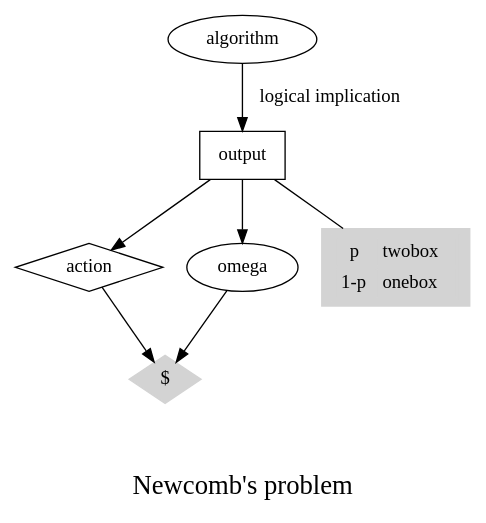
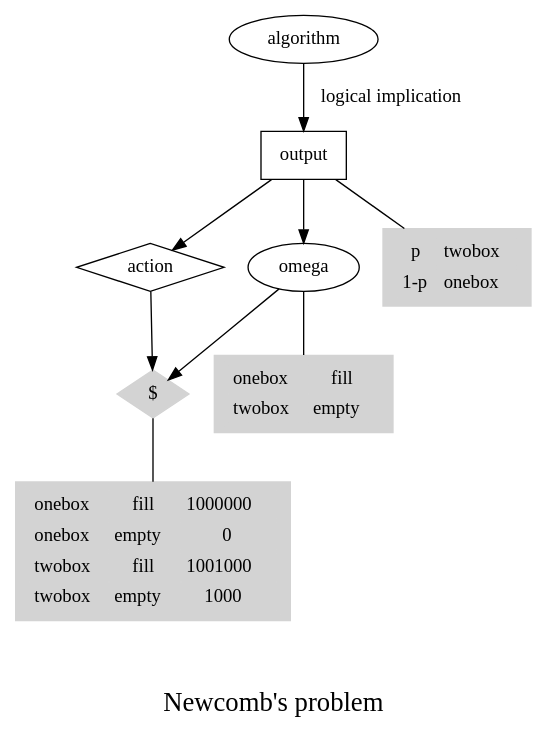
One commit to johnlawrenceaspden/hobby-code changed the diagram in newcomb.gv. Above: the diagram before and after it, drawn with Graphviz.

```diff
--- a/newcomb.gv
+++ b/newcomb.gv
@@ -1,32 +1,49 @@
 // dot <newcomb.gv -Tpng >newcomb.png
 // eog newcomb.png
 
-// interactive svg for development!
-// dot <newcomb.gv -Tsvg >newcomb.svg && eog newcomb.svg &
+// interactive svg for development using neato instead of dot
+// neato <newcomb.gv -Tsvg >newcomb.svg && eog newcomb.svg &
 
 digraph newcomb {
         algorithm [shape=ellipse];
         output [shape=box];
         action [shape=diamond];
         omega [shape=ellipse] ;
         utility [shape=diamond,style=filled,color=lightgrey, label="$"];
 
 
         algorithm -> output [label="logical implication"];
         output -> action;
         output -> omega;
         action -> utility;
         omega -> utility;
 
         output->outputtable [dir=none]
 
         outputtable [ shape=box,style=filled,color=lightgrey, label=<<TABLE>
                         <TR><TD>p</TD><TD>twobox</TD></TR>
                         <TR><TD>1-p</TD><TD>onebox</TD></TR>
                     </TABLE>>];
 
 
+        omega->omegatable [dir=none]
+
+        omegatable [ shape=box,style=filled,color=lightgrey, label=<<TABLE>
+                        <TR><TD>onebox</TD><TD>fill</TD></TR>
+                        <TR><TD>twobox</TD><TD>empty</TD></TR>
+                    </TABLE>>];
+
+
+        utility->utilitytable [dir=none]
+
+        utilitytable [ shape=box,style=filled,color=lightgrey, label=<<TABLE>
+                        <TR><TD>onebox</TD><TD>fill</TD><TD>1000000</TD></TR>
+                        <TR><TD>onebox</TD><TD>empty</TD><TD>0</TD></TR>
+                        <TR><TD>twobox</TD><TD>fill</TD><TD>1001000</TD></TR>
+                        <TR><TD>twobox</TD><TD>empty</TD><TD>1000</TD></TR>
+                    </TABLE>>];
+
 
         label = "\n\nNewcomb's problem"
         fontsize=20;
 }
```
